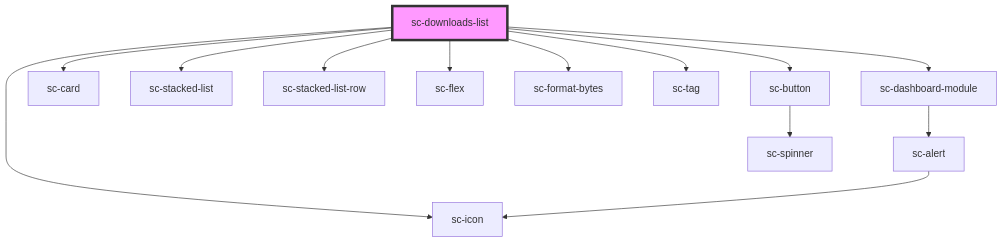
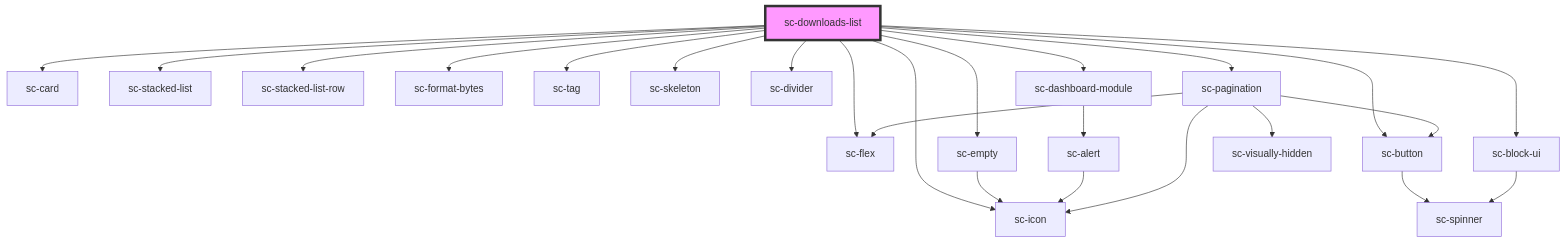
Before and after one commit to surecart/surecart-wp-plugin: the diagram in packages/components/src/components/controllers/dashboard/sc-downloads-list/readme.md, drawn with Mermaid. The commit also changed other lines of this file and 22 other files, not shown here.

````diff
--- a/packages/components/src/components/controllers/dashboard/sc-downloads-list/readme.md
+++ b/packages/components/src/components/controllers/dashboard/sc-downloads-list/readme.md
@@ -39,16 +45,27 @@
 ```mermaid
 graph TD;
   sc-downloads-list --> sc-icon
-  sc-downloads-list --> sc-dashboard-module
   sc-downloads-list --> sc-card
   sc-downloads-list --> sc-stacked-list
   sc-downloads-list --> sc-stacked-list-row
   sc-downloads-list --> sc-flex
   sc-downloads-list --> sc-format-bytes
   sc-downloads-list --> sc-tag
   sc-downloads-list --> sc-button
+  sc-downloads-list --> sc-skeleton
+  sc-downloads-list --> sc-divider
+  sc-downloads-list --> sc-empty
+  sc-downloads-list --> sc-dashboard-module
+  sc-downloads-list --> sc-pagination
+  sc-downloads-list --> sc-block-ui
+  sc-button --> sc-spinner
+  sc-empty --> sc-icon
   sc-dashboard-module --> sc-alert
   sc-alert --> sc-icon
-  sc-button --> sc-spinner
+  sc-pagination --> sc-flex
+  sc-pagination --> sc-button
+  sc-pagination --> sc-visually-hidden
+  sc-pagination --> sc-icon
+  sc-block-ui --> sc-spinner
   style sc-downloads-list fill:#f9f,stroke:#333,stroke-width:4px
 ```
````
